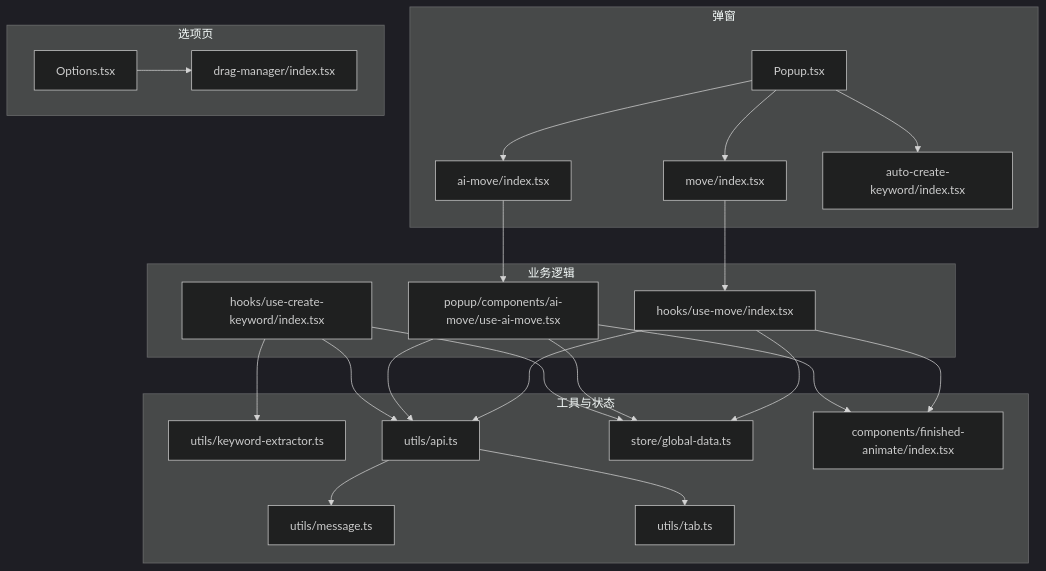
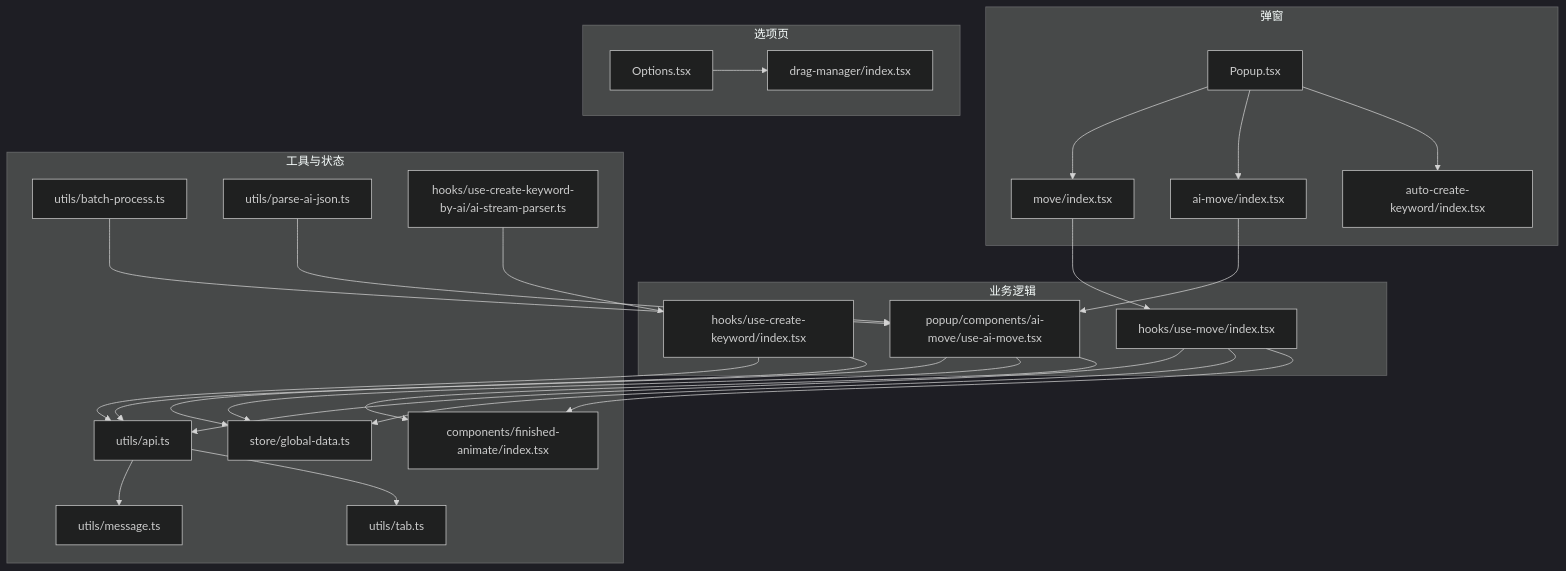
One commit to RadiumAg/bilibili-favorites changed the first of 7 diagrams in .qoder/repowiki/zh/content/核心功能模块/自动排序引擎.md. Above: the diagram before and after it, drawn with Mermaid (dark theme). The commit also changed other lines of this file and 27 other files, not shown here.

````diff
--- a/.qoder/repowiki/zh/content/核心功能模块/自动排序引擎.md
+++ b/.qoder/repowiki/zh/content/核心功能模块/自动排序引擎.md
@@ -51,41 +65,45 @@
 ```mermaid
 graph TB
 subgraph "弹窗"
 Popup["Popup.tsx"]
 MoveBtn["move/index.tsx"]
 AIMoveBtn["ai-move/index.tsx"]
 AutoKW["auto-create-keyword/index.tsx"]
 end
 subgraph "选项页"
 Options["Options.tsx"]
 DragMgr["drag-manager/index.tsx"]
 end
 subgraph "业务逻辑"
 HookMove["hooks/use-move/index.tsx"]
 HookAIMove["popup/components/ai-move/use-ai-move.tsx"]
 HookCreateKW["hooks/use-create-keyword/index.tsx"]
 end
 subgraph "工具与状态"
-KWExt["utils/keyword-extractor.ts"]
+BatchProcess["utils/batch-process.ts"]
+ParseJSON["utils/parse-ai-json.ts"]
+StreamParser["hooks/use-create-keyword-by-ai/ai-stream-parser.ts"]
 API["utils/api.ts"]
 Msg["utils/message.ts"]
 Tab["utils/tab.ts"]
 Store["store/global-data.ts"]
 FinishAnim["components/finished-animate/index.tsx"]
 end
 Popup --> MoveBtn --> HookMove
 Popup --> AIMoveBtn --> HookAIMove
 Popup --> AutoKW
 Options --> DragMgr
 HookMove --> API
 HookAIMove --> API
-HookCreateKW --> KWExt
 HookCreateKW --> API
 HookMove --> Store
 HookAIMove --> Store
 HookCreateKW --> Store
 API --> Msg
 API --> Tab
 HookMove --> FinishAnim
 HookAIMove --> FinishAnim
+BatchProcess --> HookAIMove
+ParseJSON --> HookAIMove
+StreamParser --> HookCreateKW
 ```
````
